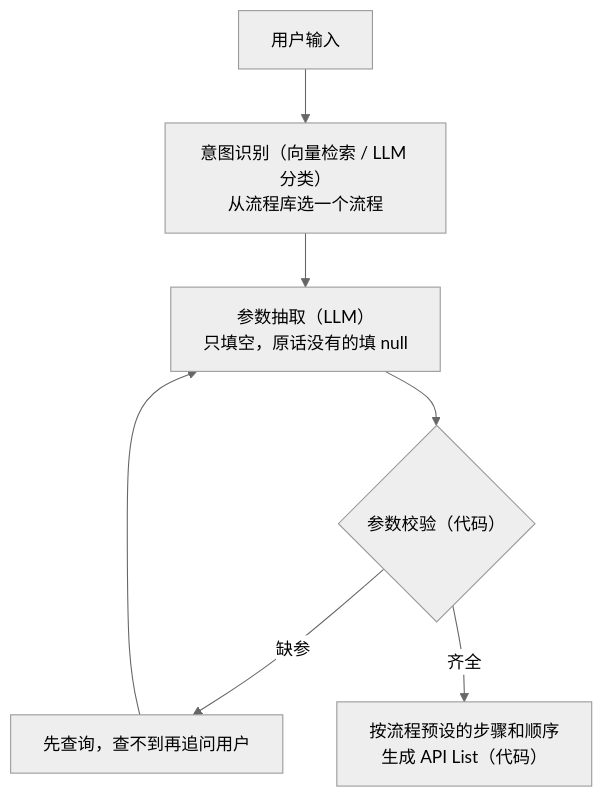
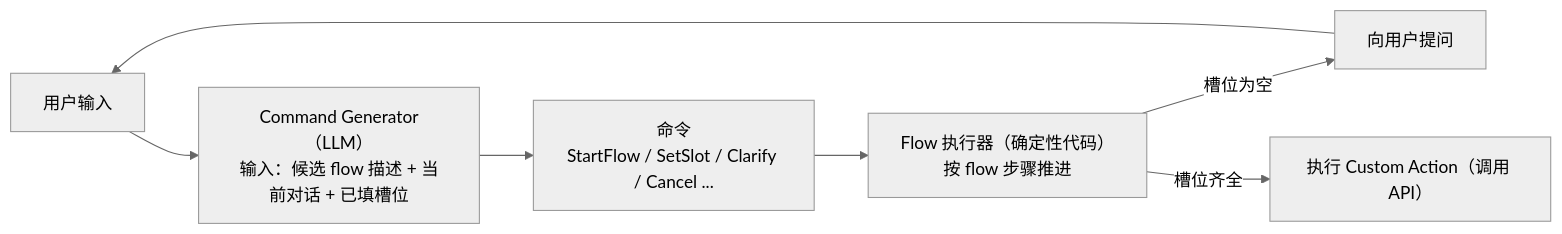
Before and after one commit to tobestrongest/HelloWorld: the first of 7 diagrams in docs/nl-to-executable-task.md, drawn with Mermaid (neutral theme). The commit also changed other lines of this file, not shown here.

````diff
--- a/docs/nl-to-executable-task.md
+++ b/docs/nl-to-executable-task.md
@@ -225,9 +40,9 @@
 ```mermaid
-flowchart TD
-    U["用户输入"] --> R["意图识别（向量检索 / LLM 分类）<br/>从流程库选一个流程"]
-    R --> P["参数抽取（LLM）<br/>只填空，原话没有的填 null"]
-    P --> V{"参数校验（代码）"}
-    V -- 缺参 --> Q["先查询，查不到再追问用户"]
-    Q --> P
-    V -- 齐全 --> X["按流程预设的步骤和顺序<br/>生成 API List（代码）"]
+flowchart LR
+    U["用户输入"] --> G["Command Generator（LLM）<br/>输入：候选 flow 描述 + 当前对话 + 已填槽位"]
+    G --> C["命令<br/>StartFlow / SetSlot / Clarify / Cancel ..."]
+    C --> F["Flow 执行器（确定性代码）<br/>按 flow 步骤推进"]
+    F -- "槽位为空" --> Q["向用户提问"]
+    Q --> U
+    F -- "槽位齐全" --> A["执行 Custom Action（调用 API）"]
 ```
````
